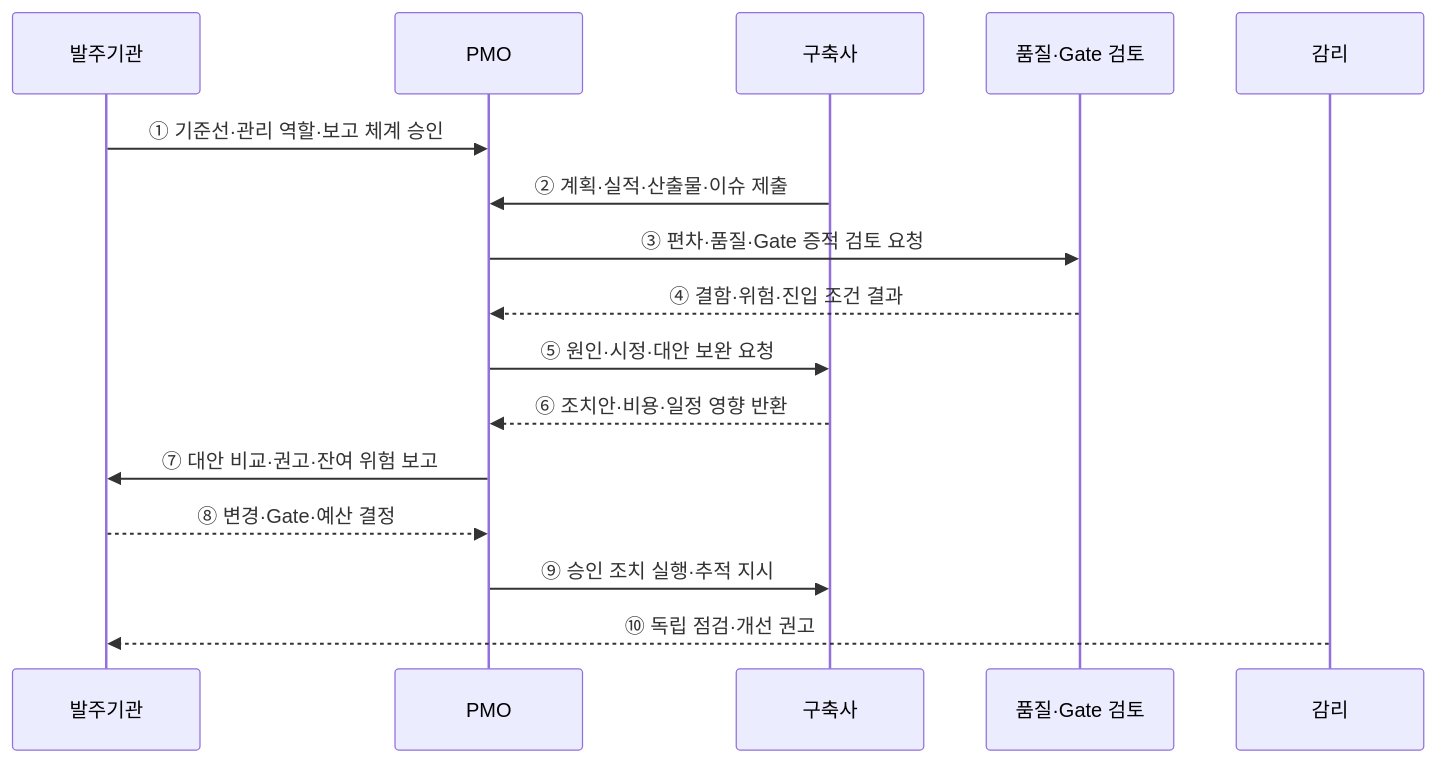
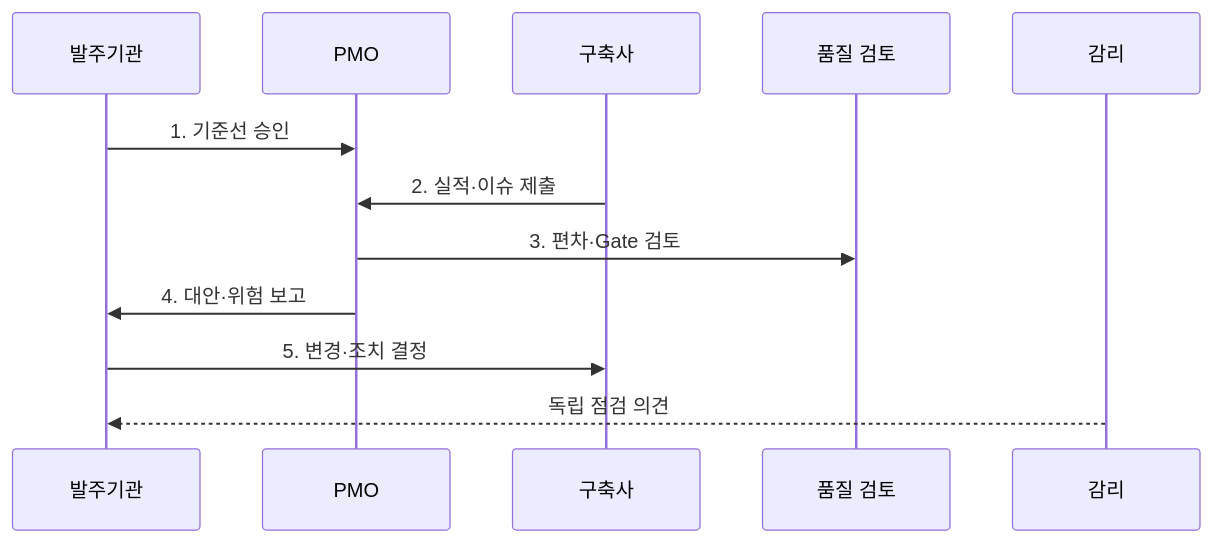
Before and after one commit to agnusdei1207/knowledge-base: the second of 2 diagrams in src/content/docs/notes/03-software/191_pmo.md, drawn with Mermaid. The commit also changed other lines of this file and 20 other files, not shown here.

````diff
--- a/src/content/docs/notes/03-software/191_pmo.md
+++ b/src/content/docs/notes/03-software/191_pmo.md
@@ -72,18 +78,14 @@
 ```mermaid
 sequenceDiagram
     participant O as 발주기관
     participant P as PMO
     participant V as 구축사
-    participant Q as 품질·Gate 검토
+    participant Q as 품질 검토
     participant A as 감리
-    O->>P: ① 기준선·관리 역할·보고 체계 승인
-    V->>P: ② 계획·실적·산출물·이슈 제출
-    P->>Q: ③ 편차·품질·Gate 증적 검토 요청
-    Q-->>P: ④ 결함·위험·진입 조건 결과
-    P->>V: ⑤ 원인·시정·대안 보완 요청
-    V-->>P: ⑥ 조치안·비용·일정 영향 반환
-    P->>O: ⑦ 대안 비교·권고·잔여 위험 보고
-    O-->>P: ⑧ 변경·Gate·예산 결정
-    P->>V: ⑨ 승인 조치 실행·추적 지시
-    A-->>O: ⑩ 독립 점검·개선 권고
+    O->>P: 1. 기준선 승인
+    V->>P: 2. 실적·이슈 제출
+    P->>Q: 3. 편차·Gate 검토
+    P->>O: 4. 대안·위험 보고
+    O->>V: 5. 변경·조치 결정
+    A-->>O: 독립 점검 의견
 ```
````
